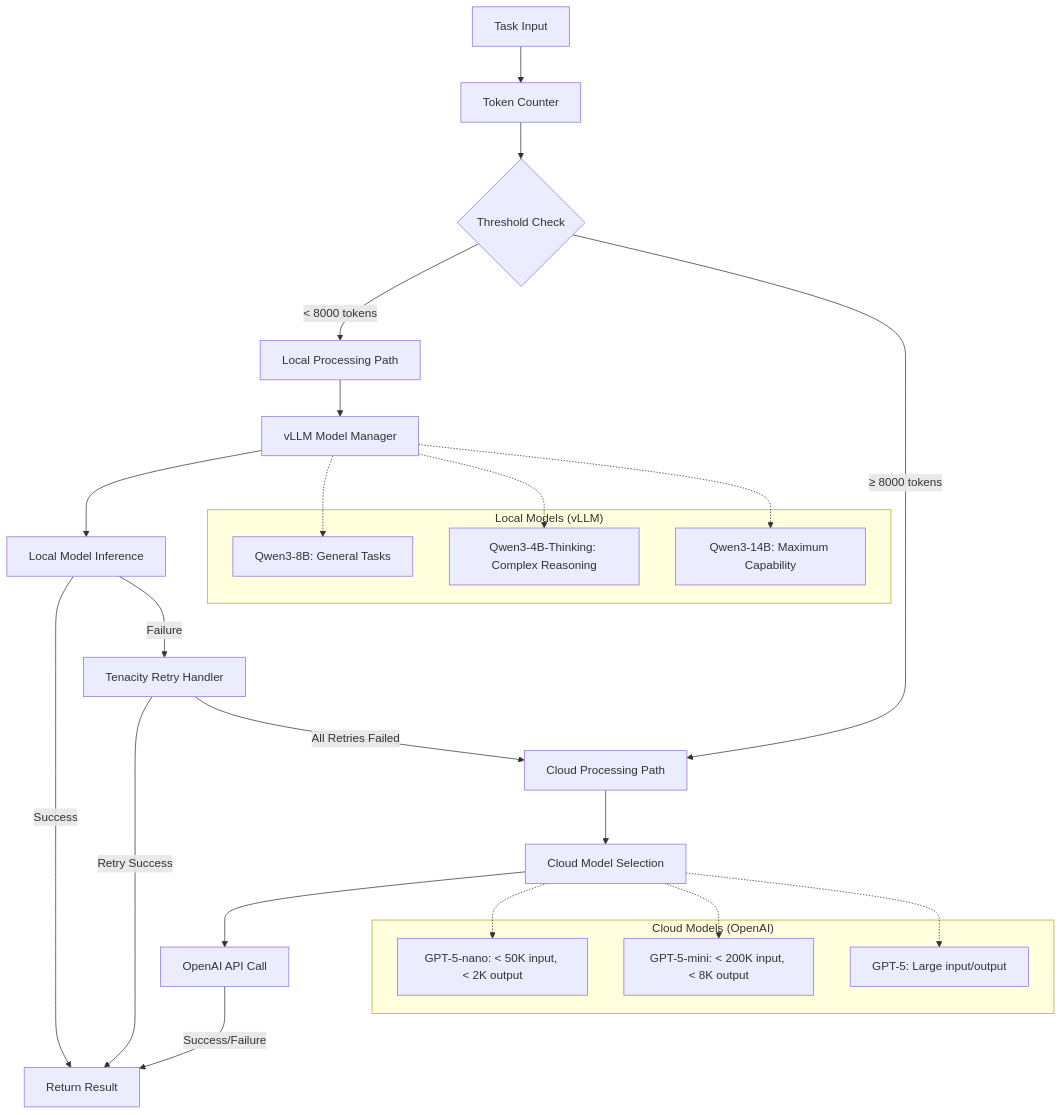
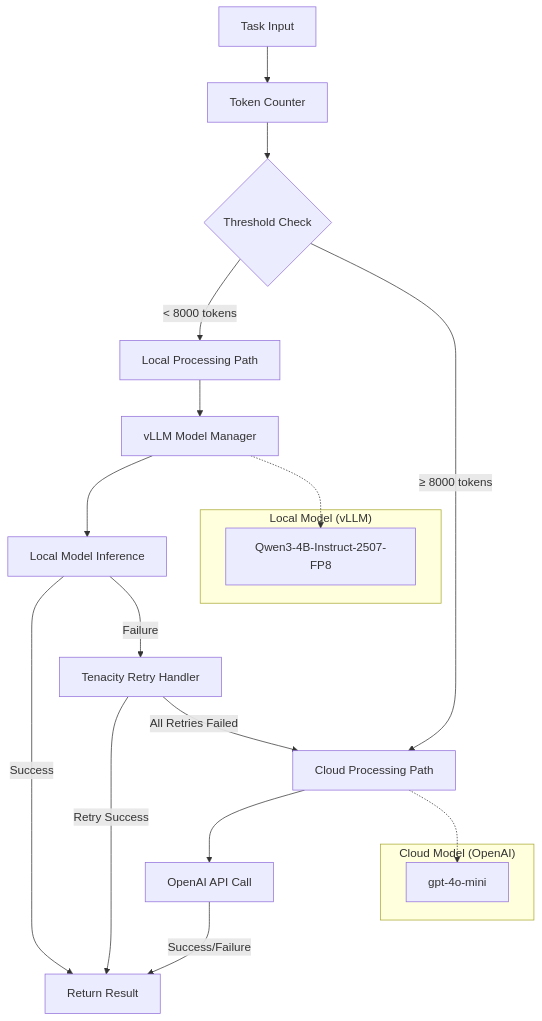
Before and after one commit to BjornMelin/ai-job-scraper: the second of 2 diagrams in docs/adrs/ADR-006-hybrid-strategy.md, drawn with Mermaid. The commit also changed other lines of this file and 5 other files, not shown here.

First line of the commit message:
docs: simplify llm strategy to single local model with cloud fallback

````diff
--- a/docs/adrs/ADR-006-hybrid-strategy.md
+++ b/docs/adrs/ADR-006-hybrid-strategy.md
@@ -161,37 +153,28 @@
 ```mermaid
 graph TB
     A[Task Input] --> B[Token Counter]
     B --> C{Threshold Check}
     C -->|< 8000 tokens| D[Local Processing Path]
     C -->|≥ 8000 tokens| E[Cloud Processing Path]
     
     D --> F[vLLM Model Manager]
     F --> G[Local Model Inference]
     G -->|Success| H[Return Result]
     G -->|Failure| I[Tenacity Retry Handler]
     I -->|Retry Success| H
     I -->|All Retries Failed| E
     
-    E --> J[Cloud Model Selection]
-    J --> K[OpenAI API Call]
-    K -->|Success/Failure| H
+    E --> J[OpenAI API Call]
+    J -->|Success/Failure| H
     
-    subgraph "Local Models (vLLM)"
-        L[Qwen3-8B: General Tasks]
-        M[Qwen3-4B-Thinking: Complex Reasoning]
-        N[Qwen3-14B: Maximum Capability]
+    subgraph "Local Model (vLLM)"
+        K[Qwen3-4B-Instruct-2507-FP8]
     end
     
-    subgraph "Cloud Models (OpenAI)"
-        O[GPT-5-nano: < 50K input, < 2K output]
-        P[GPT-5-mini: < 200K input, < 8K output]
-        Q[GPT-5: Large input/output]
+    subgraph "Cloud Model (OpenAI)"
+        L[gpt-4o-mini]
     end
     
-    F -.-> L
-    F -.-> M
-    F -.-> N
-    J -.-> O
-    J -.-> P
-    J -.-> Q
+    F -.-> K
+    E -.-> L
 ```
````
